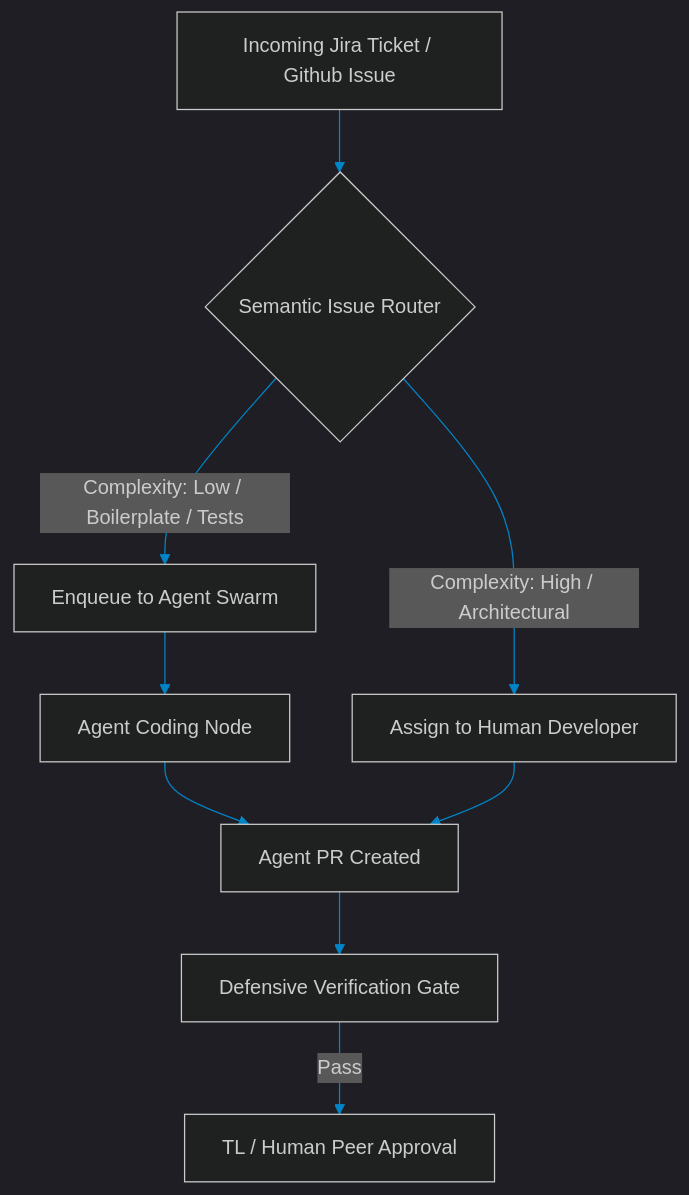
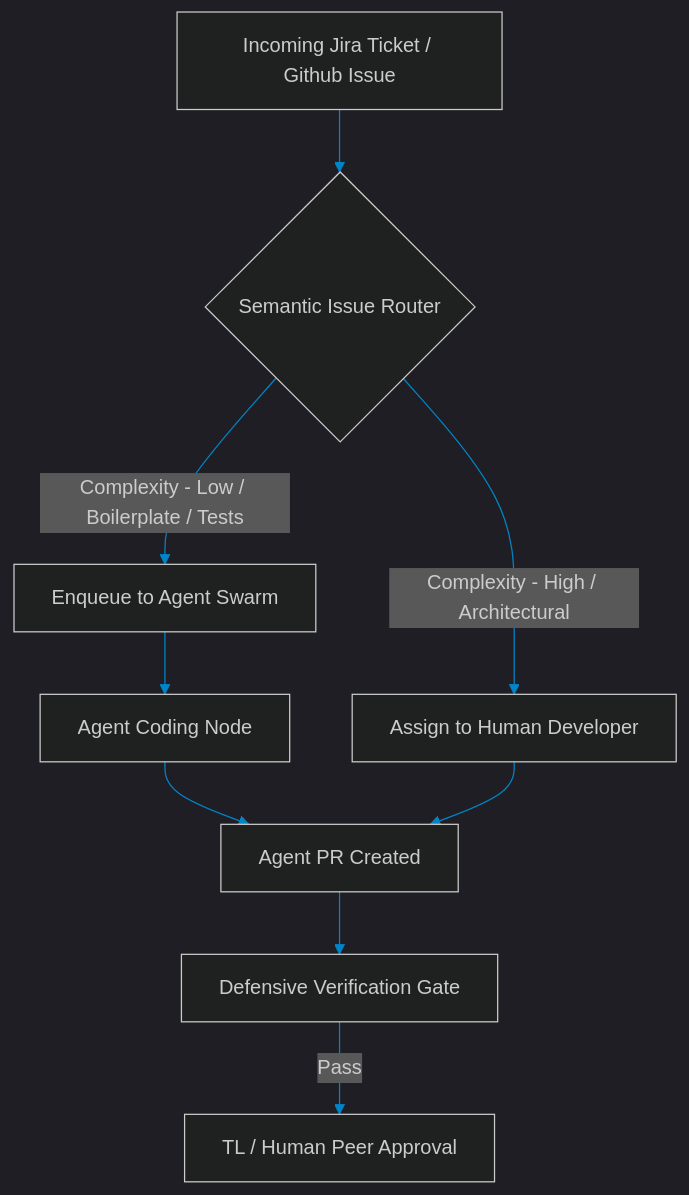
Before and after one commit to akmalkhaniub/akmalkhaniub.github.io: the diagram in blog/posts/team-lead-sprints-for-swarms-hybrid-teams.md, drawn with Mermaid. The commit also changed 411 other files, not shown here.

````diff
--- a/blog/posts/team-lead-sprints-for-swarms-hybrid-teams.md
+++ b/blog/posts/team-lead-sprints-for-swarms-hybrid-teams.md
@@ -17,14 +17,14 @@
 ```mermaid
 %%{init: {'theme': 'dark', 'themeVariables': { 'primaryColor': '#0284c7', 'primaryTextColor': '#f3f4f6', 'primaryBorderColor': '#38bdf8', 'lineColor': '#0284c7', 'secondaryColor': '#111827', 'tertiaryColor': '#0b0f19'}}}%%
 flowchart TD
     Issue[Incoming Jira Ticket / Github Issue] --> Router{Semantic Issue Router}
     
-    Router -->|Complexity: High / Architectural| Human[Assign to Human Developer]
-    Router -->|Complexity: Low / Boilerplate / Tests| AgentQueue[Enqueue to Agent Swarm]
+    Router -->|Complexity - High / Architectural| Human[Assign to Human Developer]
+    Router -->|Complexity - Low / Boilerplate / Tests| AgentQueue[Enqueue to Agent Swarm]
     
     AgentQueue --> AgentWorker[Agent Coding Node]
     AgentWorker --> PR[Agent PR Created]
     PR --> AutoVerify[Defensive Verification Gate]
     AutoVerify -->|Pass| HumanReview[TL / Human Peer Approval]
     Human --> PR
 ```
````
